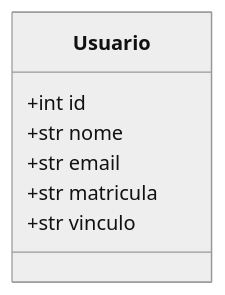
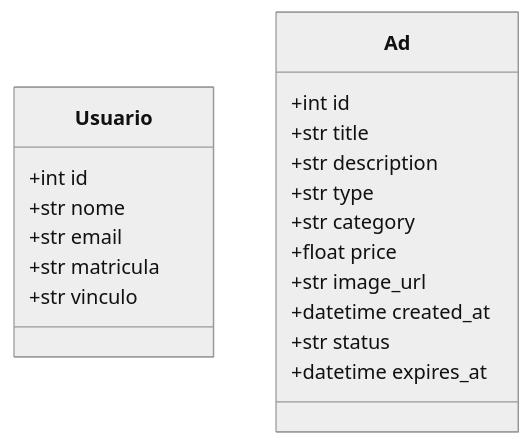
The diagram in server/infra/db/README.md (xXeverton/classificados-puc), drawn with Mermaid (neutral theme) before and after one commit. The commit also changed other lines of this file and 5 other files, not shown here.

````diff
--- a/server/infra/db/README.md
+++ b/server/infra/db/README.md
@@ -11,10 +11,23 @@
 ```mermaid
 classDiagram
     class Usuario {
         +int id
         +str nome
         +str email
         +str matricula
         +str vinculo
     }
+
+    class Ad {
+        +int id
+        +str title
+        +str description
+        +str type
+        +str category
+        +float price
+        +str image_url
+        +datetime created_at
+        +str status
+        +datetime expires_at
+    }
 ```
````
